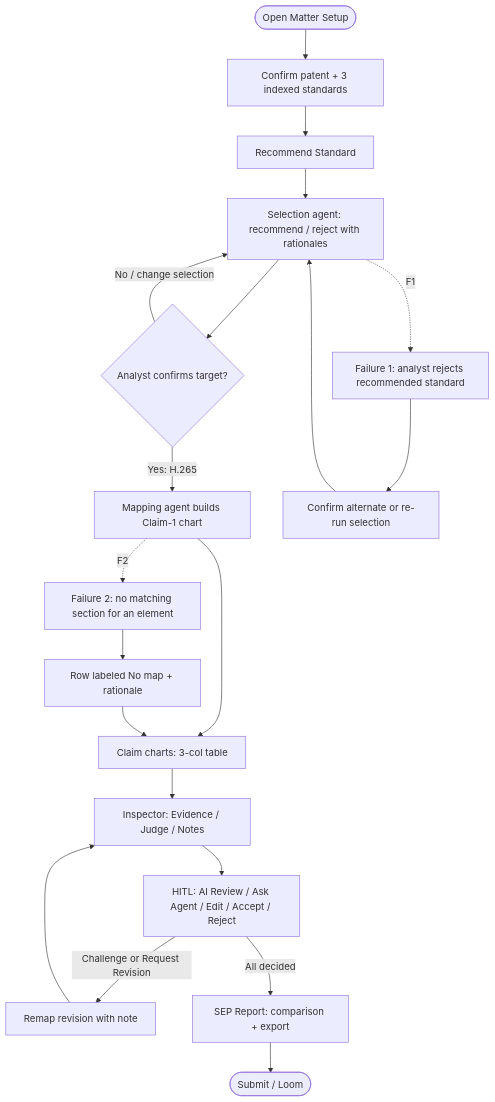
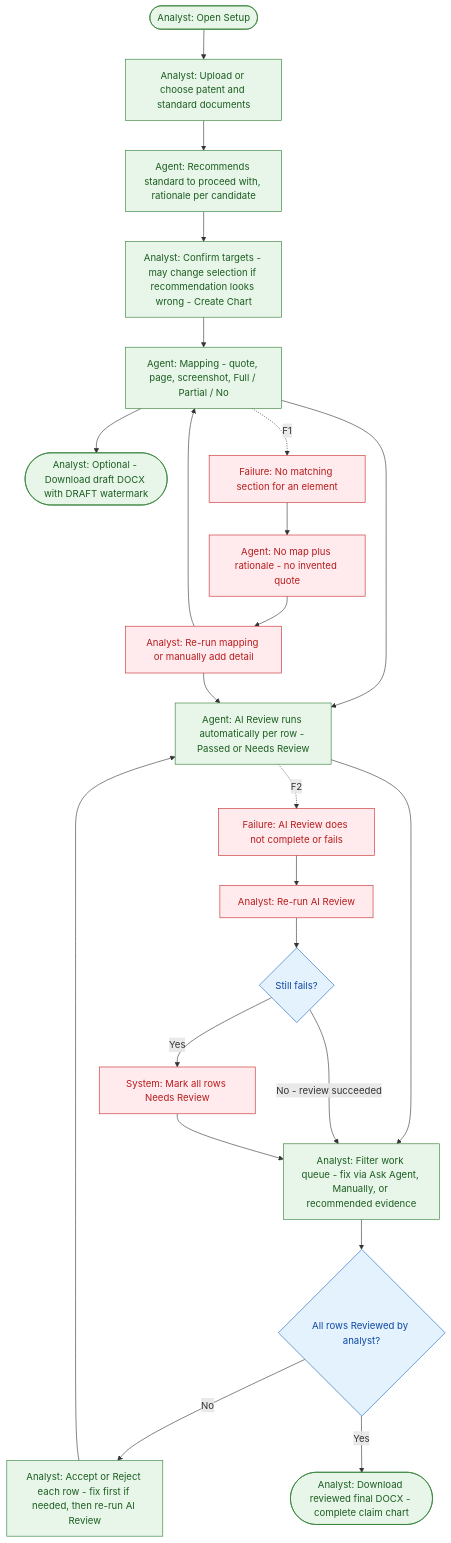
The diagram in docs/USER_FLOW.md (shrudhi/sep-evidence-workbench-clone), drawn with Mermaid before and after one commit. The commit also changed other lines of this file and 49 other files, not shown here.

````diff
--- a/docs/USER_FLOW.md
+++ b/docs/USER_FLOW.md
@@ -5,24 +10,35 @@
 ```mermaid
 flowchart TD
-  start([Open Matter Setup]) --> ingest[Confirm patent + 3 indexed standards]
-  ingest --> recommend[Recommend Standard]
-  recommend --> select[Selection agent: recommend / reject with rationales]
-  select --> confirm{Analyst confirms target?}
-  confirm -->|Yes: H.265| map[Mapping agent builds Claim-1 chart]
-  confirm -->|No / change selection| select
-  map --> chart[Claim charts: 3-col table]
-  chart --> review[Inspector: Evidence / Judge / Notes]
-  review --> hitl[HITL: AI Review / Ask Agent / Edit / Accept / Reject]
-  hitl -->|Challenge or Request Revision| remap[Remap revision with note]
-  remap --> review
-  hitl -->|All decided| report[SEP Report: comparison + export]
-  report --> done([Submit / Loom])
+  start(["Analyst: Open Setup"]) --> setup["Analyst: Upload or choose patent and standard documents"]
+  setup --> selectAgent["Agent: Recommends standard to proceed with, rationale per candidate"]
+  selectAgent --> confirm["Analyst: Confirm targets - may change selection if recommendation looks wrong - Create Chart"]
+  confirm --> mapAgent["Agent: Mapping - quote, page, screenshot, Full / Partial / No"]
+  mapAgent --> aiReview["Agent: AI Review runs automatically per row - Passed or Needs Review"]
+  mapAgent --> draft(["Analyst: Optional - Download draft DOCX with DRAFT watermark"])
+  aiReview --> filter["Analyst: Filter work queue - fix via Ask Agent, Manually, or recommended evidence"]
+  filter --> allReviewed{"All rows Reviewed by analyst?"}
+  allReviewed -->|No| hitl["Analyst: Accept or Reject each row - fix first if needed, then re-run AI Review"]
+  hitl --> aiReview
+  allReviewed -->|Yes| export(["Analyst: Download reviewed final DOCX - complete claim chart"])
 
-  select -.->|F1| wrongStd[Failure 1: analyst rejects recommended standard]
-  wrongStd --> alt[Confirm alternate or re-run selection]
-  alt --> select
+  mapAgent -.->|F1| noHit["Failure: No matching section for an element"]
+  noHit --> nomap["Agent: No map plus rationale - no invented quote"]
+  nomap --> analystF1["Analyst: Re-run mapping or manually add detail"]
+  analystF1 --> mapAgent
+  analystF1 --> aiReview
 
-  map -.->|F2| noSection[Failure 2: no matching section for an element]
-  noSection --> nomap[Row labeled No map + rationale]
-  nomap --> chart
+  aiReview -.->|F2| reviewFail["Failure: AI Review does not complete or fails"]
+  reviewFail --> rerunReview["Analyst: Re-run AI Review"]
+  rerunReview --> stillFail{"Still fails?"}
+  stillFail -->|No - review succeeded| filter
+  stillFail -->|Yes| markNeeds["System: Mark all rows Needs Review"]
+  markNeeds --> filter
+
+  classDef happy fill:#e8f5e9,stroke:#2e7d32,color:#1b5e20
+  classDef fail fill:#ffebee,stroke:#c62828,color:#b71c1c
+  classDef gate fill:#e3f2fd,stroke:#1565c0,color:#0d47a4
+
+  class start,setup,selectAgent,confirm,mapAgent,aiReview,filter,hitl,export,draft happy
+  class noHit,nomap,analystF1,reviewFail,rerunReview,markNeeds fail
+  class allReviewed,stillFail gate
 ```
````
